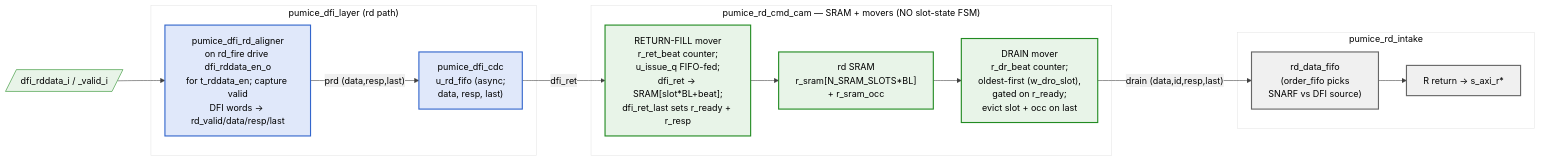
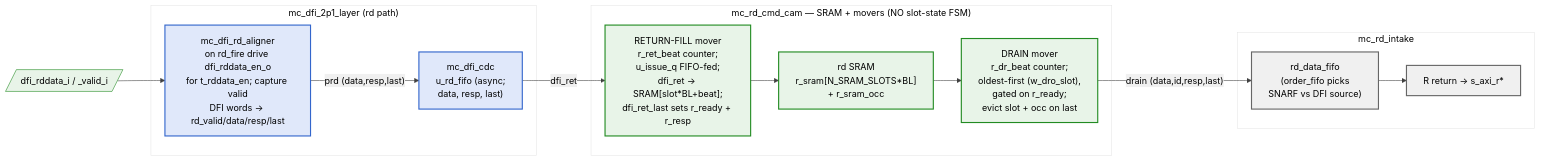
The diagram in projects/components/mem-ctrl-ip/research-ip/pumice-ddr2-lpddr2/docs/pumice_mas/assets/mermaid/16_rd_data_path_pipeline.mmd (sean-galloway/RTLDesignSherpa), drawn with Mermaid before and after one commit. The commit also changed 100 other files, not shown here.

```diff
--- a/projects/components/mem-ctrl-ip/research-ip/pumice-ddr2-lpddr2/docs/pumice_mas/assets/mermaid/16_rd_data_path_pipeline.mmd
+++ b/projects/components/mem-ctrl-ip/research-ip/pumice-ddr2-lpddr2/docs/pumice_mas/assets/mermaid/16_rd_data_path_pipeline.mmd
@@ -1,35 +1,35 @@
 %%{init: {'theme': 'base', 'themeVariables': { 'primaryColor': '#e8f4e8', 'primaryTextColor': '#000', 'primaryBorderColor': '#228B22', 'lineColor': '#404040', 'secondaryColor': '#f0f0f0', 'tertiaryColor': '#fff'}}}%%
 flowchart LR
-    subgraph DFI["pumice_dfi_layer (rd path)"]
-        rd_align["pumice_dfi_rd_aligner<br/>on rd_fire drive dfi_rddata_en_o<br/>for t_rddata_en; capture valid<br/>DFI words -> rd_valid/data/resp/last"]
-        cdc["pumice_dfi_cdc<br/>u_rd_fifo (async;<br/>data, resp, last)"]
+    subgraph DFI["mc_dfi_2p1_layer (rd path)"]
+        rd_align["mc_dfi_rd_aligner<br/>on rd_fire drive dfi_rddata_en_o<br/>for t_rddata_en; capture valid<br/>DFI words -> rd_valid/data/resp/last"]
+        cdc["mc_dfi_cdc<br/>u_rd_fifo (async;<br/>data, resp, last)"]
     end
 
-    subgraph RDCAM["pumice_rd_cmd_cam — SRAM + movers (NO slot-state FSM)"]
+    subgraph RDCAM["mc_rd_cmd_cam — SRAM + movers (NO slot-state FSM)"]
         retfill["RETURN-FILL mover<br/>r_ret_beat counter;<br/>u_issue_q FIFO-fed;<br/>dfi_ret -> SRAM[slot*BL+beat];<br/>dfi_ret_last sets r_ready + r_resp"]
         sram["rd SRAM<br/>r_sram[N_SRAM_SLOTS*BL]<br/>+ r_sram_occ"]
         drain["DRAIN mover<br/>r_dr_beat counter;<br/>oldest-first (w_dro_slot),<br/>gated on r_ready;<br/>evict slot + occ on last"]
     end
 
-    subgraph INTK["pumice_rd_intake"]
+    subgraph INTK["mc_rd_intake"]
         rd_data_fifo["rd_data_fifo<br/>(order_fifo picks<br/>SNARF vs DFI source)"]
         rout["R return -> s_axi_r*"]
     end
 
     dfi_pin[/"dfi_rddata_i / _valid_i"/]
 
     dfi_pin --> rd_align
     rd_align -- "prd (data,resp,last)" --> cdc
     cdc -- "dfi_ret" --> retfill
     retfill --> sram
     sram --> drain
     drain -- "drain (data,id,resp,last)" --> rd_data_fifo
     rd_data_fifo --> rout
 
     classDef dfi fill:#e0e8fa,stroke:#3366CC,stroke-width:2px
     classDef cam fill:#e8f4e8,stroke:#228B22,stroke-width:2px
     classDef intk fill:#f0f0f0,stroke:#666666,stroke-width:2px
 
     class rd_align,cdc dfi
     class retfill,sram,drain cam
     class rd_data_fifo,rout intk
```
